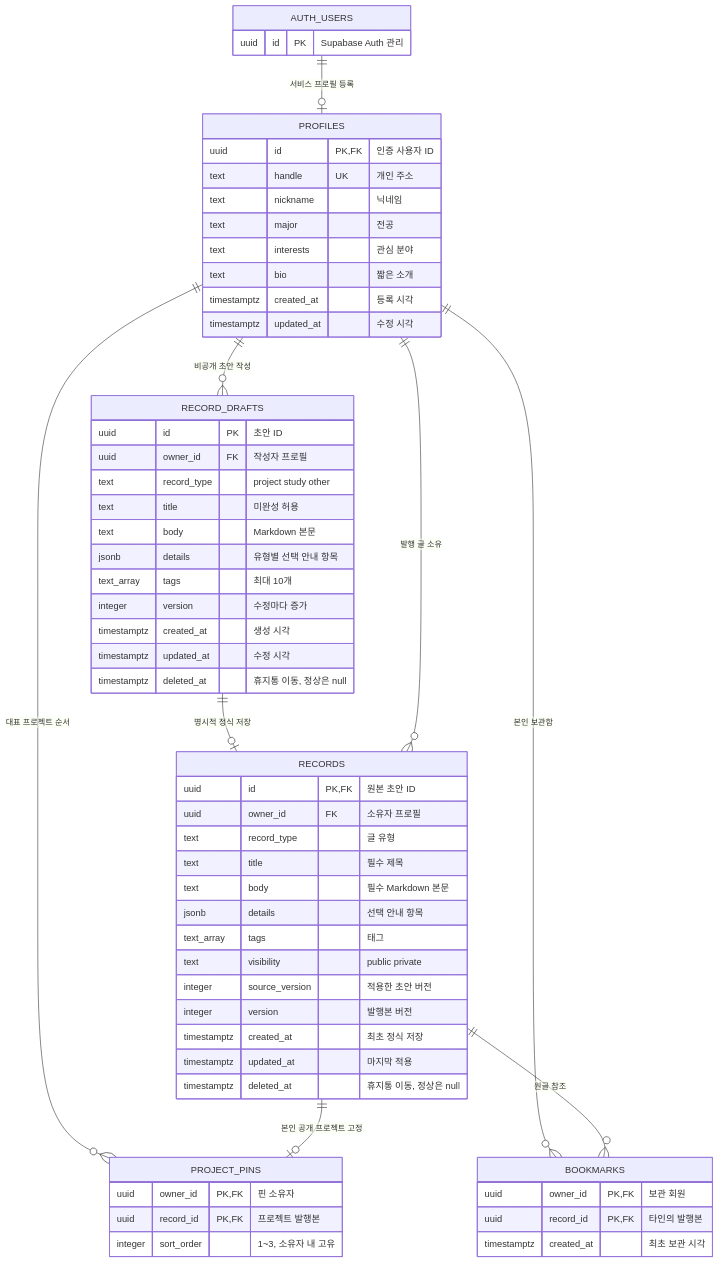
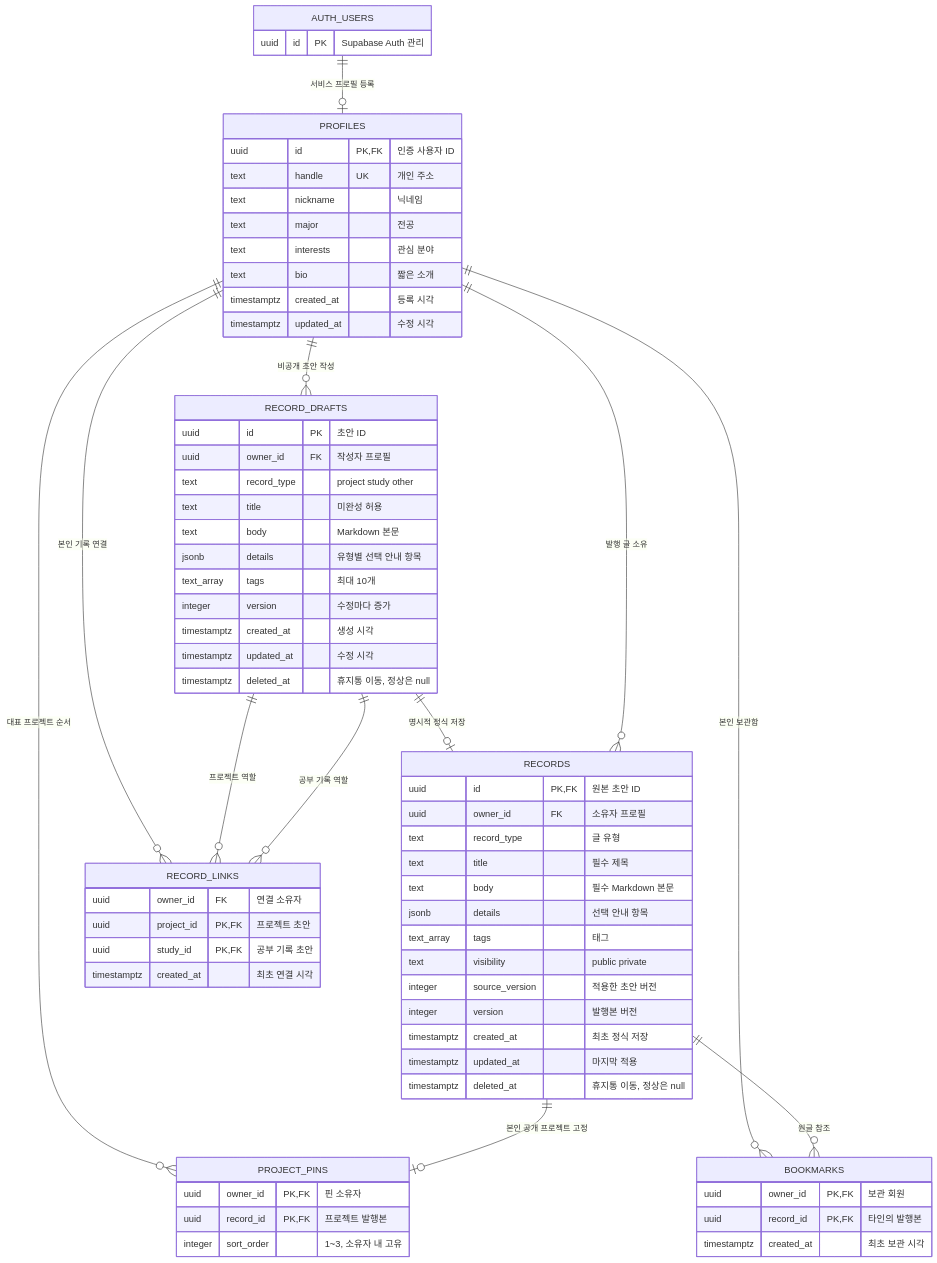
The diagram in docs/ERD.md (JungSeungYoon/chwieop-jom-haja), drawn with Mermaid before and after one commit. The commit also changed other lines of this file and 16 other files, not shown here.

````diff
--- a/docs/ERD.md
+++ b/docs/ERD.md
@@ -5,62 +5,71 @@
 ```mermaid
 erDiagram
     AUTH_USERS ||--o| PROFILES : "서비스 프로필 등록"
     PROFILES ||--o{ RECORD_DRAFTS : "비공개 초안 작성"
     RECORD_DRAFTS ||--o| RECORDS : "명시적 정식 저장"
     PROFILES ||--o{ RECORDS : "발행 글 소유"
     PROFILES ||--o{ PROJECT_PINS : "대표 프로젝트 순서"
     RECORDS ||--o| PROJECT_PINS : "본인 공개 프로젝트 고정"
     PROFILES ||--o{ BOOKMARKS : "본인 보관함"
     RECORDS ||--o{ BOOKMARKS : "원글 참조"
+    PROFILES ||--o{ RECORD_LINKS : "본인 기록 연결"
+    RECORD_DRAFTS ||--o{ RECORD_LINKS : "프로젝트 역할"
+    RECORD_DRAFTS ||--o{ RECORD_LINKS : "공부 기록 역할"
+    RECORD_LINKS {
+        uuid owner_id FK "연결 소유자"
+        uuid project_id PK,FK "프로젝트 초안"
+        uuid study_id PK,FK "공부 기록 초안"
+        timestamptz created_at "최초 연결 시각"
+    }
     PROJECT_PINS {
         uuid owner_id PK,FK "핀 소유자"
         uuid record_id PK,FK "프로젝트 발행본"
         integer sort_order "1~3, 소유자 내 고유"
     }
     BOOKMARKS {
         uuid owner_id PK,FK "보관 회원"
         uuid record_id PK,FK "타인의 발행본"
         timestamptz created_at "최초 보관 시각"
     }
     AUTH_USERS {
         uuid id PK "Supabase Auth 관리"
     }
     RECORDS {
         uuid id PK,FK "원본 초안 ID"
         uuid owner_id FK "소유자 프로필"
         text record_type "글 유형"
         text title "필수 제목"
         text body "필수 Markdown 본문"
         jsonb details "선택 안내 항목"
         text_array tags "태그"
         text visibility "public private"
         integer source_version "적용한 초안 버전"
         integer version "발행본 버전"
         timestamptz created_at "최초 정식 저장"
         timestamptz updated_at "마지막 적용"
         timestamptz deleted_at "휴지통 이동, 정상은 null"
     }
     RECORD_DRAFTS {
         uuid id PK "초안 ID"
         uuid owner_id FK "작성자 프로필"
         text record_type "project study other"
         text title "미완성 허용"
         text body "Markdown 본문"
         jsonb details "유형별 선택 안내 항목"
         text_array tags "최대 10개"
         integer version "수정마다 증가"
         timestamptz created_at "생성 시각"
         timestamptz updated_at "수정 시각"
         timestamptz deleted_at "휴지통 이동, 정상은 null"
     }
     PROFILES {
         uuid id PK,FK "인증 사용자 ID"
         text handle UK "개인 주소"
         text nickname "닉네임"
         text major "전공"
         text interests "관심 분야"
         text bio "짧은 소개"
         timestamptz created_at "등록 시각"
         timestamptz updated_at "수정 시각"
     }
 ```
````
